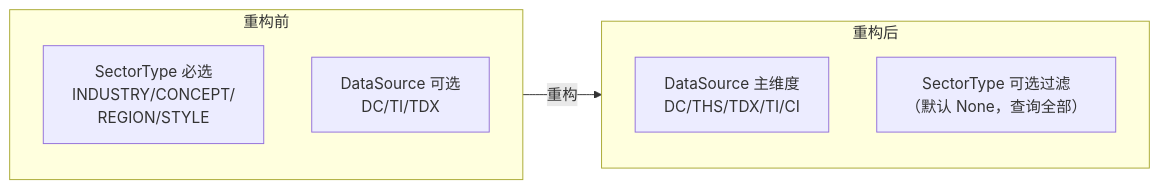
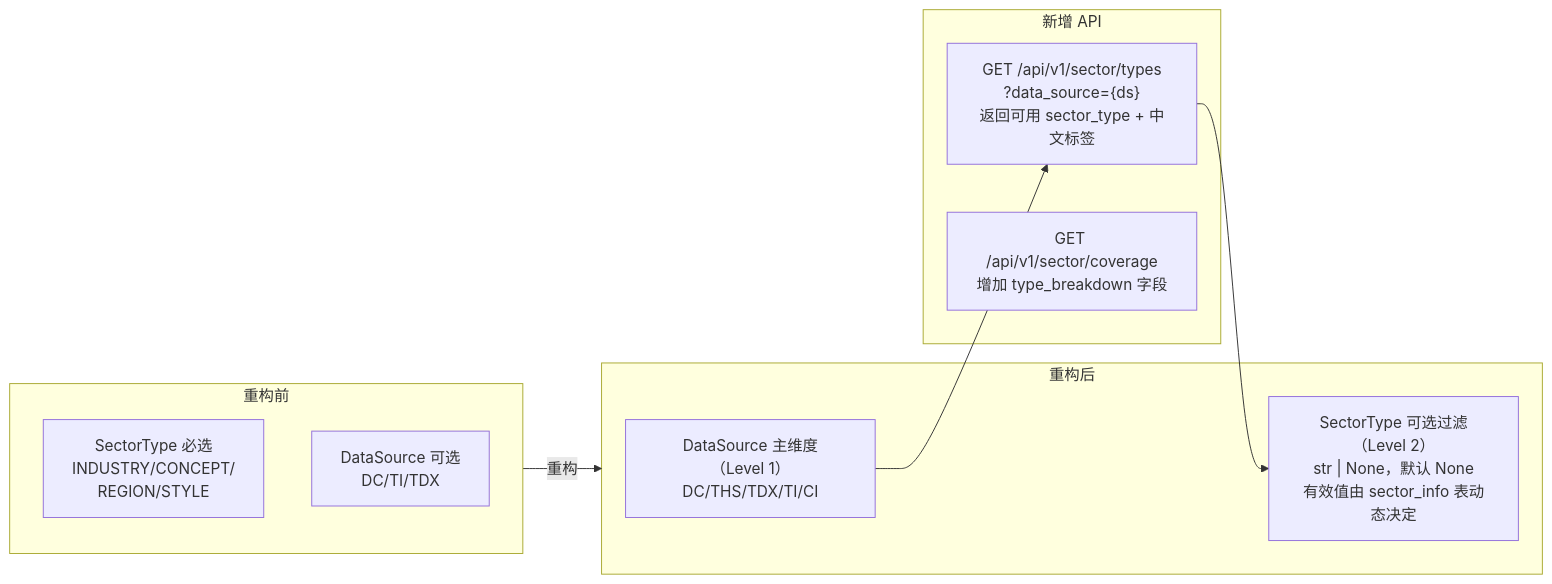
Before and after one commit to xdengpao/PoperRight: the third of 3 diagrams in .kiro/specs/screening-system-enhancement/design.md, drawn with Mermaid. The commit also changed other lines of this file and 23 other files, not shown here.

````diff
--- a/.kiro/specs/screening-system-enhancement/design.md
+++ b/.kiro/specs/screening-system-enhancement/design.md
@@ -118,14 +118,22 @@
 ```mermaid
 graph LR
     subgraph Before["重构前"]
         ST["SectorType 必选<br/>INDUSTRY/CONCEPT/<br/>REGION/STYLE"]
         DS1["DataSource 可选<br/>DC/TI/TDX"]
     end
 
     subgraph After["重构后"]
-        DS2["DataSource 主维度<br/>DC/THS/TDX/TI/CI"]
-        ST2["SectorType 可选过滤<br/>（默认 None，查询全部）"]
+        DS2["DataSource 主维度（Level 1）<br/>DC/THS/TDX/TI/CI"]
+        ST2["SectorType 可选过滤（Level 2）<br/>str | None，默认 None<br/>有效值由 sector_info 表动态决定"]
     end
 
     Before -->|重构| After
+
+    subgraph API["新增 API"]
+        TYPES["GET /api/v1/sector/types<br/>?data_source={ds}<br/>返回可用 sector_type + 中文标签"]
+        COV["GET /api/v1/sector/coverage<br/>增加 type_breakdown 字段"]
+    end
+
+    DS2 --> TYPES
+    TYPES --> ST2
 ```
````
